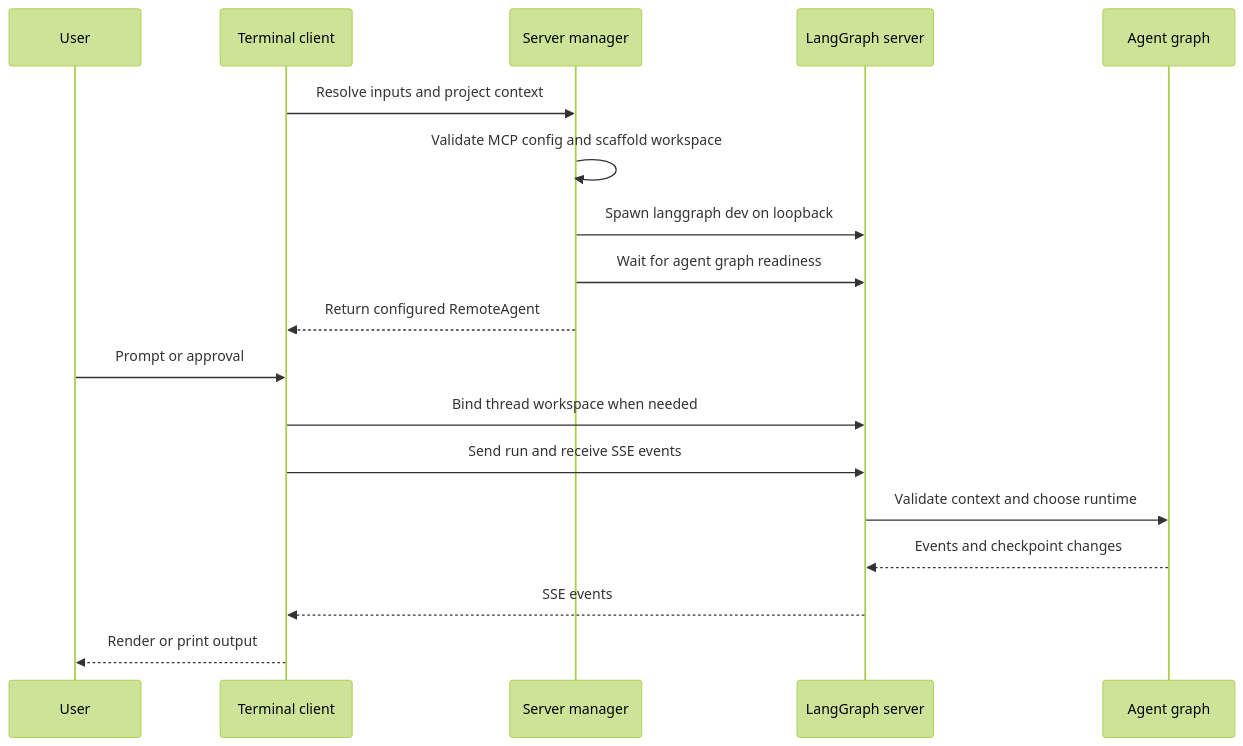
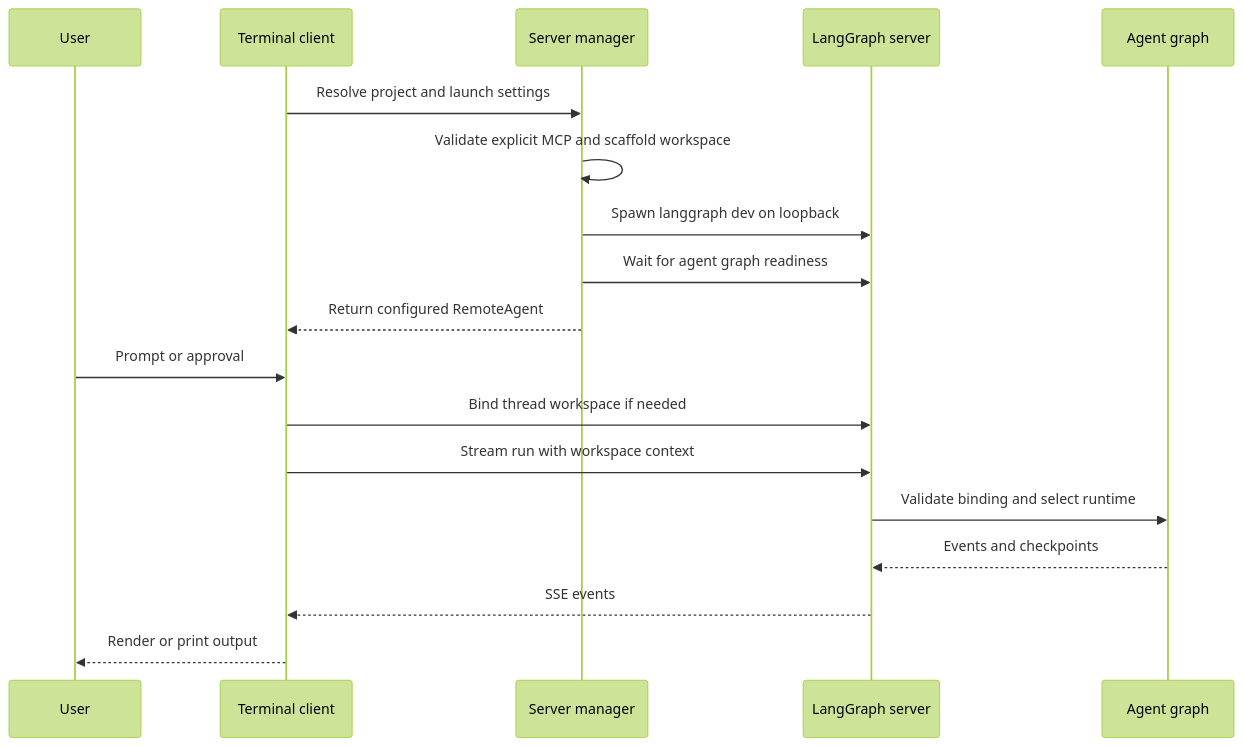
One commit to langchain-ai/deepagents changed the first of 2 diagrams in openwiki/architecture/code-agent.md. Above: the diagram before and after it, drawn with Mermaid (forest theme). The commit also changed other lines of this file and 62 other files, not shown here.

````diff
--- a/openwiki/architecture/code-agent.md
+++ b/openwiki/architecture/code-agent.md
@@ -60,21 +60,21 @@
 ```mermaid
 sequenceDiagram
     participant User
     participant Client as Terminal client
     participant Manager as Server manager
     participant Server as LangGraph server
     participant Graph as Agent graph
 
-    Client->>Manager: Resolve inputs and project context
-    Manager->>Manager: Validate MCP config and scaffold workspace
+    Client->>Manager: Resolve project and launch settings
+    Manager->>Manager: Validate explicit MCP and scaffold workspace
     Manager->>Server: Spawn langgraph dev on loopback
     Manager->>Server: Wait for agent graph readiness
     Manager-->>Client: Return configured RemoteAgent
     User->>Client: Prompt or approval
-    Client->>Server: Bind thread workspace when needed
-    Client->>Server: Send run and receive SSE events
-    Server->>Graph: Validate context and choose runtime
-    Graph-->>Server: Events and checkpoint changes
+    Client->>Server: Bind thread workspace if needed
+    Client->>Server: Stream run with workspace context
+    Server->>Graph: Validate binding and select runtime
+    Graph-->>Server: Events and checkpoints
     Server-->>Client: SSE events
     Client-->>User: Render or print output
 ```
````
